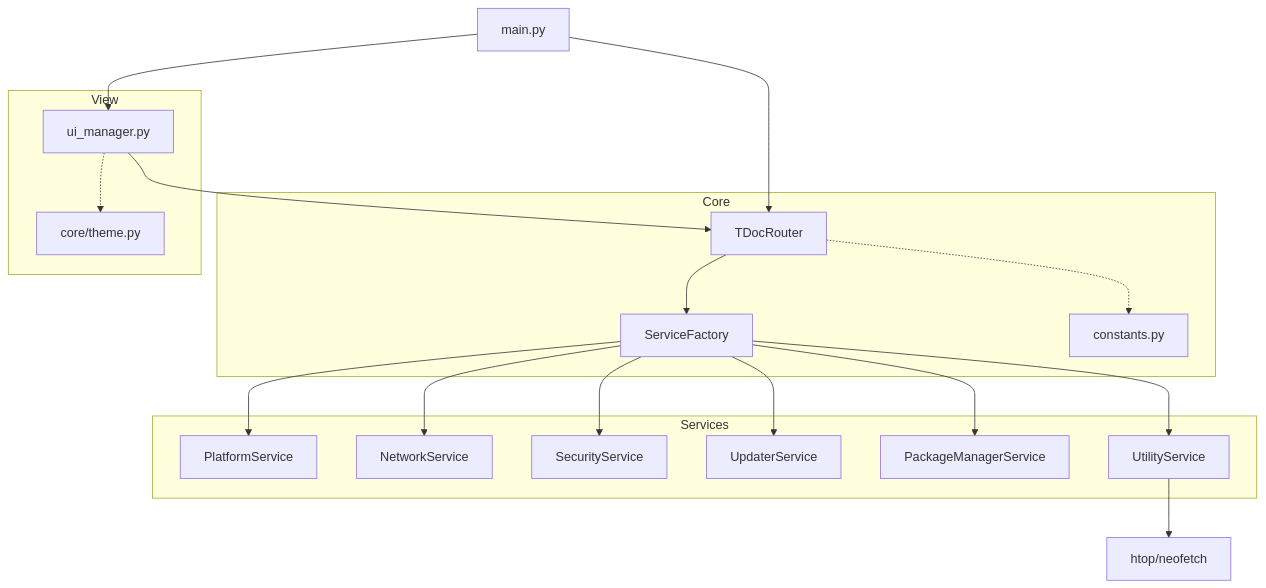
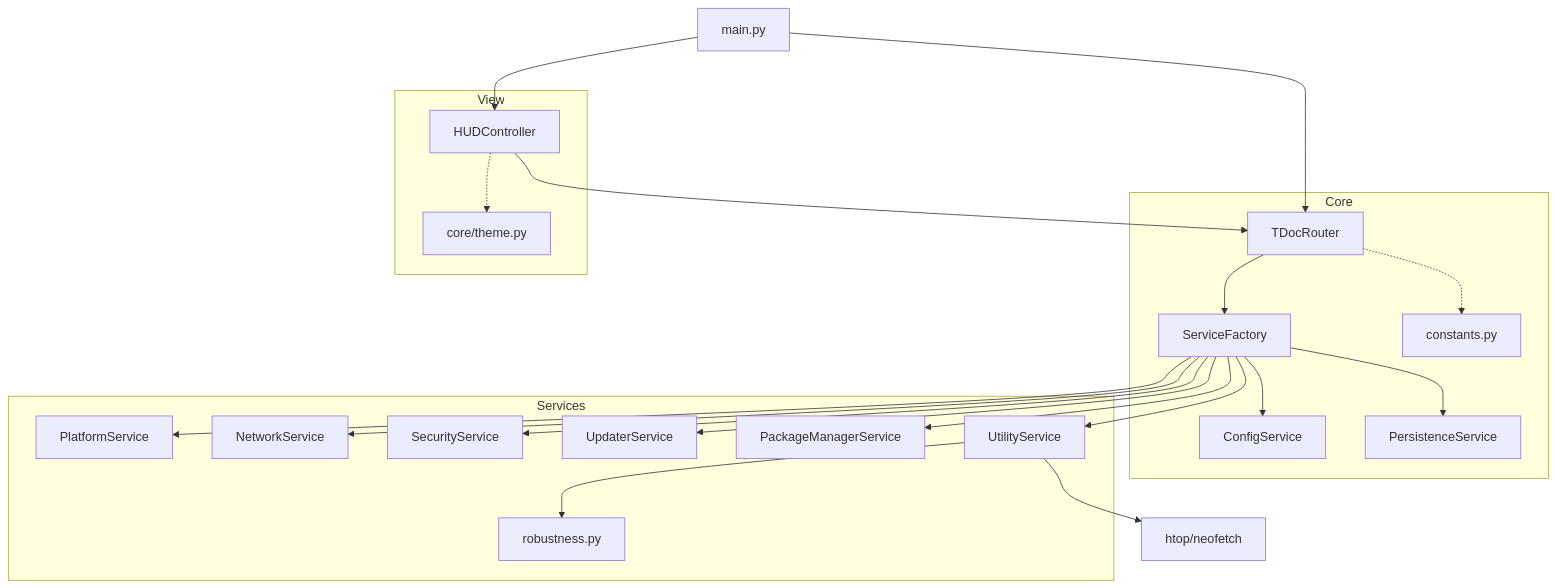
The diagram in docs/structure.mmd (FJ-cyberzilla/Tdoc), drawn with Mermaid before and after one commit. The commit also changed 92 other files, not shown here.

```diff
--- a/docs/structure.mmd
+++ b/docs/structure.mmd
@@ -1,45 +1,51 @@
 graph TD
     %% Main Entry
     Main[main.py] --> Router[TDocRouter]
-    Main --> UI[ui_manager.py]
+    Main --> HUD[HUDController]
     
     %% UI interactions
-    UI --> Router
+    HUD --> Router
     
     %% Routing Logic
     Router --> Factory[ServiceFactory]
     
     %% Services
     Factory --> Platform[PlatformService]
     Factory --> Network[NetworkService]
     Factory --> Security[SecurityService]
     Factory --> Updater[UpdaterService]
     Factory --> PkgMgr[PackageManagerService]
     Factory --> Util[UtilityService]
+    Factory --> Config[ConfigService]
+    Factory --> Persistence[PersistenceService]
     
     %% Utility Tools
     Util --> Tools[htop/neofetch]
+    Util --> Robustness[robustness.py]
     
     %% Styles & Constants
     Router -.-> Const[constants.py]
-    UI -.-> Theme[core/theme.py]
+    HUD -.-> Theme[core/theme.py]
 
     subgraph Core
     Router
     Factory
     Const
+    Config
+    Persistence
     end
 
     subgraph Services
     Platform
     Network
     Security
     Updater
     PkgMgr
     Util
+    Robustness
     end
     
     subgraph View
-    UI
+    HUD
     Theme
     end
```
